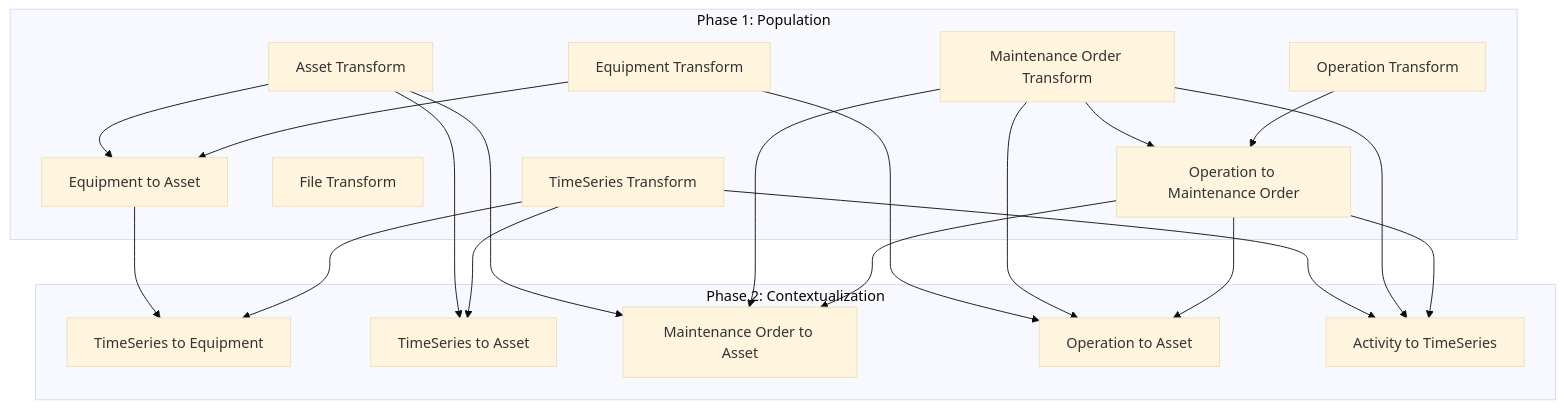
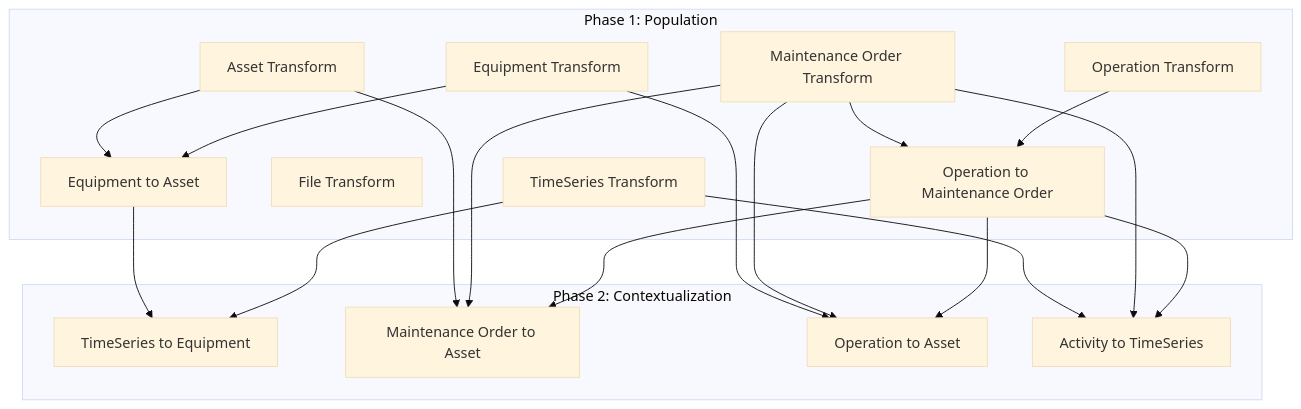
Before and after one commit to cognitedata/library: the diagram in modules/accelerators/cdf_ingestion/README.md, drawn with Mermaid (base theme). The commit also changed other lines of this file and 6 other files, not shown here.

````diff
--- a/modules/accelerators/cdf_ingestion/README.md
+++ b/modules/accelerators/cdf_ingestion/README.md
@@ -235,36 +233,33 @@
 ```mermaid
 graph TD
     subgraph "Phase 1: Population"
         A[TimeSeries Transform] 
         B[Asset Transform]
         C[Equipment Transform]
         D[Maintenance Order Transform]
         E[Operation Transform]
         F[File Transform]
         
         B --> G[Equipment to Asset]
         C --> G
         D --> H[Operation to Maintenance Order]
         E --> H
     end
     
     subgraph "Phase 2: Contextualization"
         G --> I[TimeSeries to Equipment]
         A --> I
         
-        B --> J[TimeSeries to Asset]
-        A --> J
-        
         B --> K[Maintenance Order to Asset]
         D --> K
         H --> K
         
         C --> L[Operation to Asset]
         D --> L
         H --> L
         
         A --> M[Activity to TimeSeries]
         D --> M
         H --> M
     end
 ```
````
